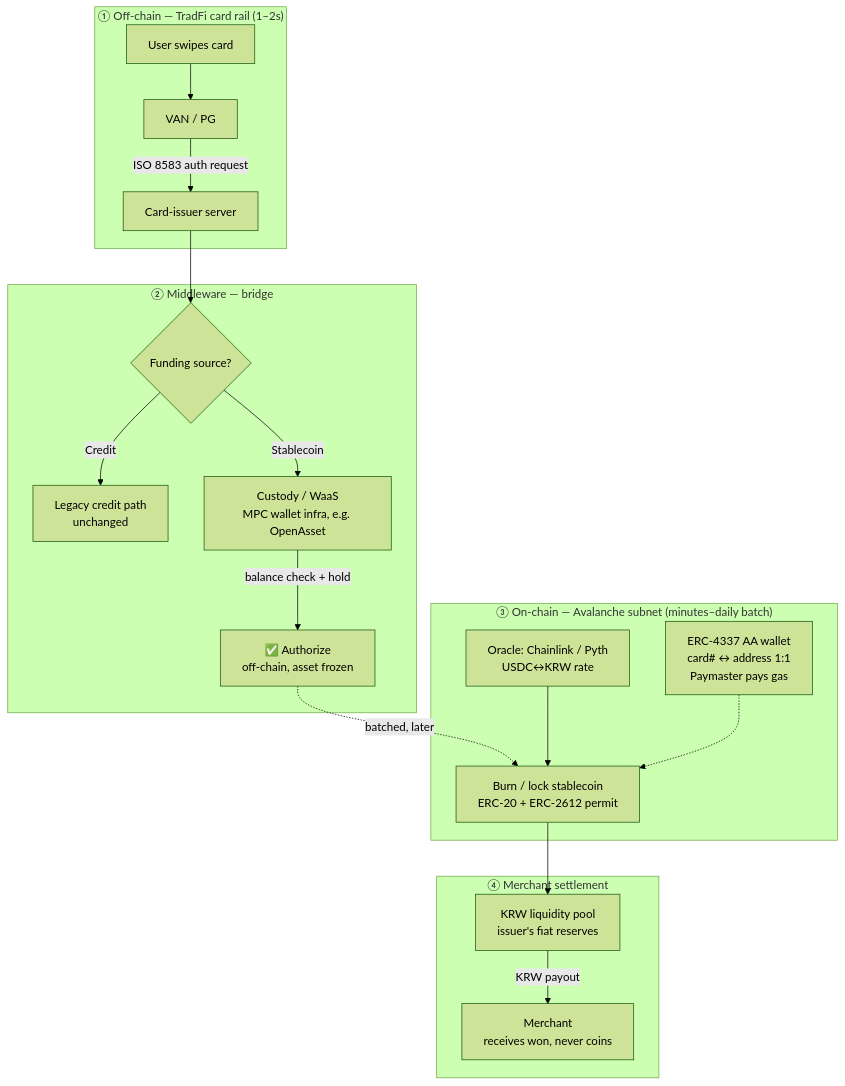
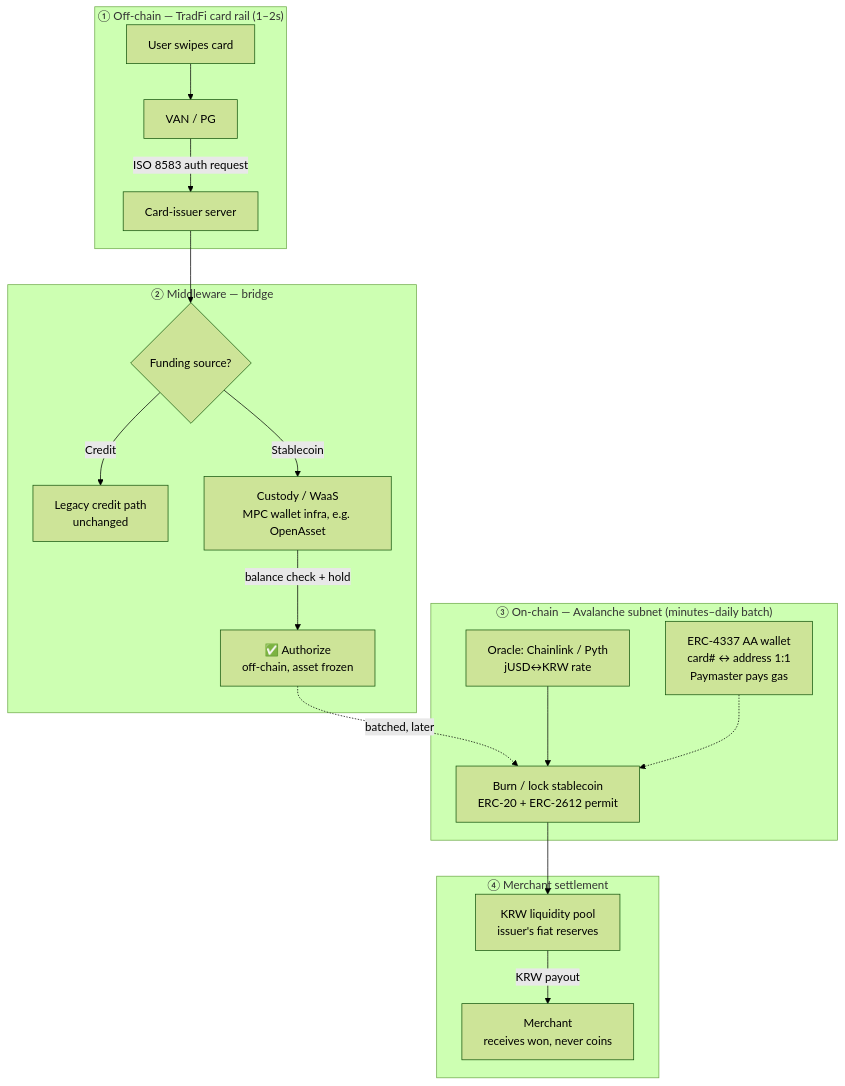
Before and after one commit to linked0/alice: the first of 2 diagrams in docs/features/kb-hybrid-payment-flow.md, drawn with Mermaid (forest theme). The commit also changed other lines of this file and 62 other files, not shown here.

First line of the commit message:
docs: jUSD replaces USDC in designs; landing page keeps one Verex Docs card; notes #55

````diff
--- a/docs/features/kb-hybrid-payment-flow.md
+++ b/docs/features/kb-hybrid-payment-flow.md
@@ -12,25 +12,25 @@
 ```mermaid
 flowchart TB
     subgraph OFF["① Off-chain — TradFi card rail (1–2s)"]
         U[User swipes card] --> VAN[VAN / PG]
         VAN -->|ISO 8583 auth request| KB[Card-issuer server]
     end
 
     subgraph MID["② Middleware — bridge"]
         KB --> CHOICE{Funding source?}
         CHOICE -->|Credit| LEGACY[Legacy credit path<br/>unchanged]
         CHOICE -->|Stablecoin| CUST[Custody / WaaS<br/>MPC wallet infra, e.g. OpenAsset]
         CUST -->|balance check + hold| AUTH[✅ Authorize<br/>off-chain, asset frozen]
     end
 
     subgraph ON["③ On-chain — Avalanche subnet (minutes–daily batch)"]
         AUTH -.->|batched, later| BURN[Burn / lock stablecoin<br/>ERC-20 + ERC-2612 permit]
-        ORACLE[Oracle: Chainlink / Pyth<br/>USDC↔KRW rate] --> BURN
+        ORACLE[Oracle: Chainlink / Pyth<br/>jUSD↔KRW rate] --> BURN
         AA[ERC-4337 AA wallet<br/>card# ↔ address 1:1<br/>Paymaster pays gas] -.-> BURN
     end
 
     subgraph SETTLE["④ Merchant settlement"]
         BURN --> POOL[KRW liquidity pool<br/>issuer's fiat reserves]
         POOL -->|KRW payout| M[Merchant<br/>receives won, never coins]
     end
 ```
````
